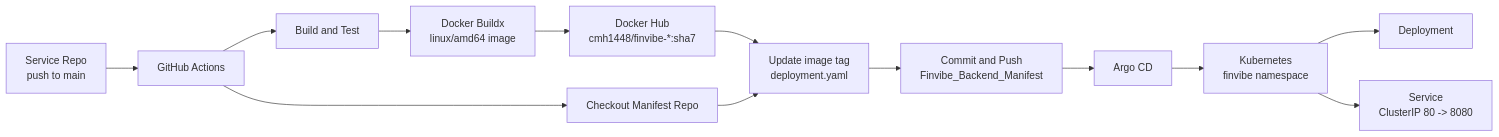
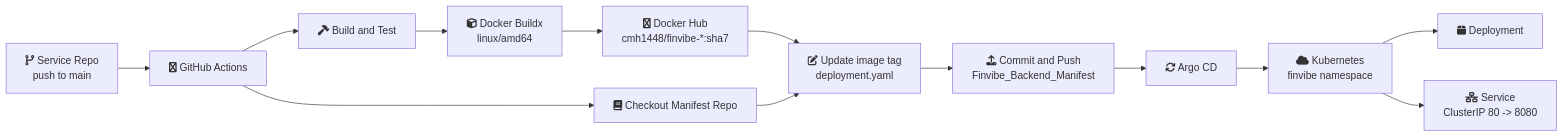
The first of 2 diagrams in deployment-flow.md (DEPth-FinVibe/Finvibe_Backend_Manifest), drawn with Mermaid before and after one commit. The commit also changed other lines of this file, not shown here.

Commit message:
chore: 배포 흐름 문서 업데이트
- Mermaid 다이어그램에 Font Awesome 아이콘 추가
- 서비스 매핑 섹션에 아이콘 추가

````diff
--- a/deployment-flow.md
+++ b/deployment-flow.md
@@ -5,18 +5,18 @@
 ```mermaid
 flowchart LR
-    A[Service Repo<br/>push to main] --> B[GitHub Actions]
-    B --> C[Build and Test]
-    C --> D[Docker Buildx<br/>linux/amd64 image]
-    D --> E[Docker Hub<br/>cmh1448/finvibe-*:sha7]
+    A[fa:fa-code-branch Service Repo<br/>push to main] --> B[fa:fa-github GitHub Actions]
+    B --> C[fa:fa-hammer Build and Test]
+    C --> D[fa:fa-cube Docker Buildx<br/>linux/amd64]
+    D --> E[fa:fa-docker Docker Hub<br/>cmh1448/finvibe-*:sha7]
 
-    B --> F[Checkout Manifest Repo]
-    E --> G[Update image tag<br/>deployment.yaml]
+    B --> F[fa:fa-book Checkout Manifest Repo]
+    E --> G[fa:fa-pen-to-square Update image tag<br/>deployment.yaml]
     F --> G
-    G --> H[Commit and Push<br/>Finvibe_Backend_Manifest]
+    G --> H[fa:fa-upload Commit and Push<br/>Finvibe_Backend_Manifest]
 
-    H --> I[Argo CD]
-    I --> J[Kubernetes<br/>finvibe namespace]
+    H --> I[fa:fa-arrows-rotate Argo CD]
+    I --> J[fa:fa-cloud Kubernetes<br/>finvibe namespace]
 
-    J --> K[Deployment]
-    J --> L[Service<br/>ClusterIP 80 -> 8080]
+    J --> K[fa:fa-box Deployment]
+    J --> L[fa:fa-network-wired Service<br/>ClusterIP 80 -> 8080]
 ```
````
